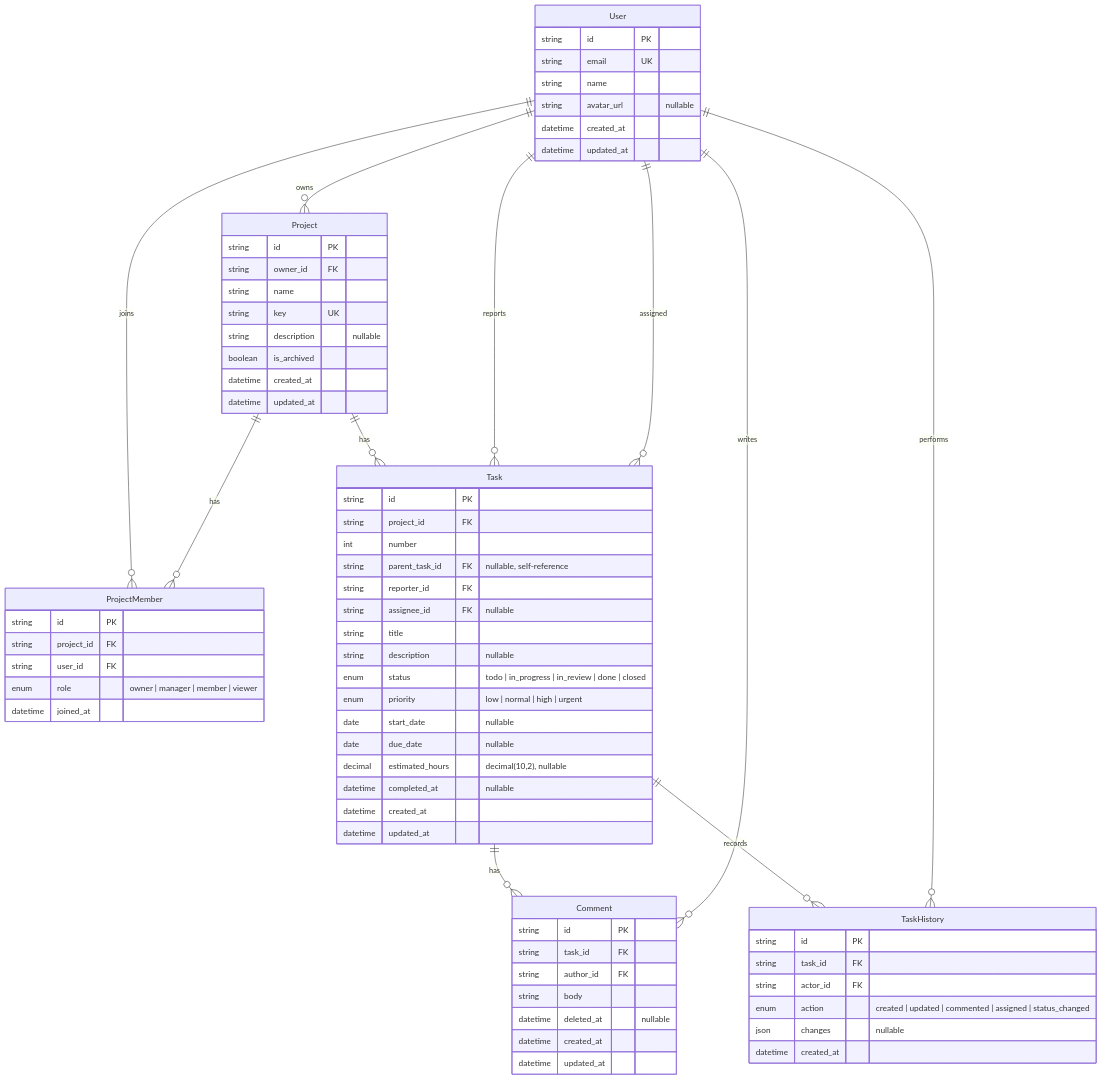
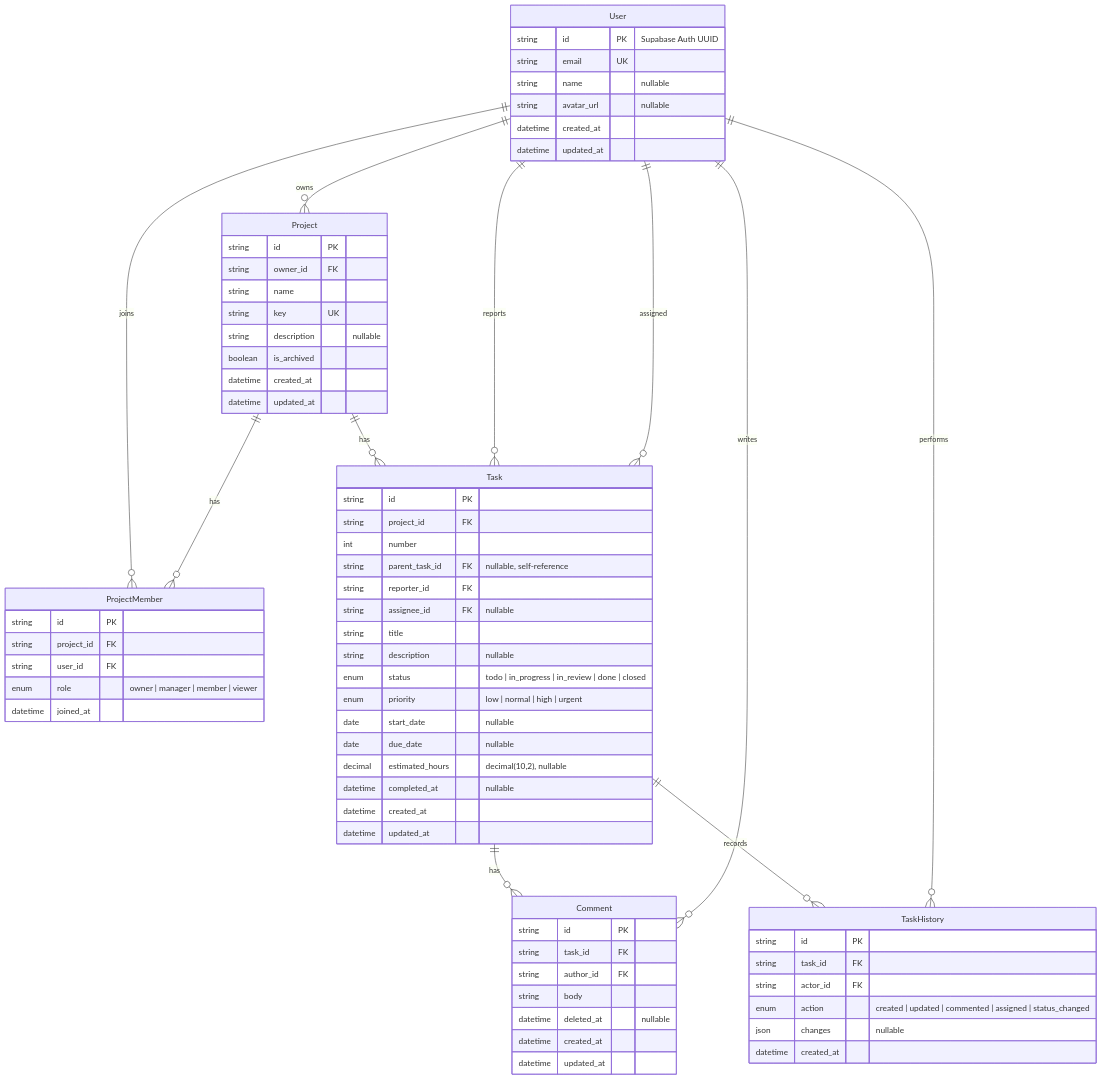
The diagram in docs/ER.md (kazutakanakamura711/redmine-next-nest), drawn with Mermaid before and after one commit. The commit also changed 17 other files, not shown here.

Commit message:
feat: add Supabase Auth foundation

````diff
--- a/docs/ER.md
+++ b/docs/ER.md
@@ -5,79 +5,79 @@
 ```mermaid
 erDiagram
     User ||--o{ Project : owns
     User ||--o{ ProjectMember : joins
     Project ||--o{ ProjectMember : has
     Project ||--o{ Task : has
     User ||--o{ Task : reports
     User ||--o{ Task : assigned
     Task ||--o{ Comment : has
     User ||--o{ Comment : writes
     Task ||--o{ TaskHistory : records
     User ||--o{ TaskHistory : performs
 
     User {
-        string id PK
+        string id PK "Supabase Auth UUID"
         string email UK
-        string name
+        string name "nullable"
         string avatar_url "nullable"
         datetime created_at
         datetime updated_at
     }
 
     Project {
         string id PK
         string owner_id FK
         string name
         string key UK
         string description "nullable"
         boolean is_archived
         datetime created_at
         datetime updated_at
     }
 
     ProjectMember {
         string id PK
         string project_id FK
         string user_id FK
         enum role "owner | manager | member | viewer"
         datetime joined_at
     }
 
     Task {
         string id PK
         string project_id FK
         int number
         string parent_task_id FK "nullable, self-reference"
         string reporter_id FK
         string assignee_id FK "nullable"
         string title
         string description "nullable"
         enum status "todo | in_progress | in_review | done | closed"
         enum priority "low | normal | high | urgent"
         date start_date "nullable"
         date due_date "nullable"
         decimal estimated_hours "decimal(10,2), nullable"
         datetime completed_at "nullable"
         datetime created_at
         datetime updated_at
     }
 
     Comment {
         string id PK
         string task_id FK
         string author_id FK
         string body
         datetime deleted_at "nullable"
         datetime created_at
         datetime updated_at
     }
 
     TaskHistory {
         string id PK
         string task_id FK
         string actor_id FK
         enum action "created | updated | commented | assigned | status_changed"
         json changes "nullable"
         datetime created_at
     }
 ```
````
